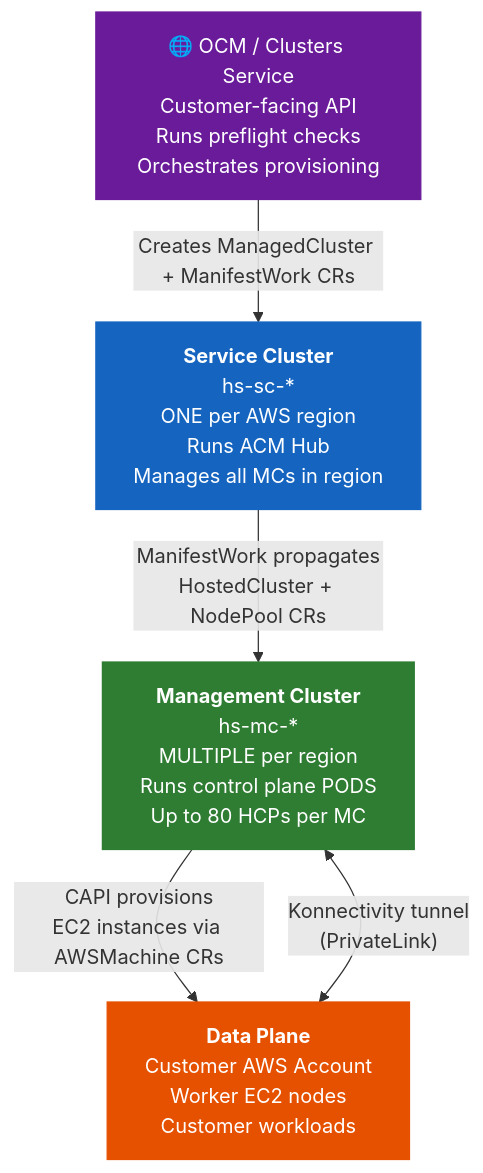
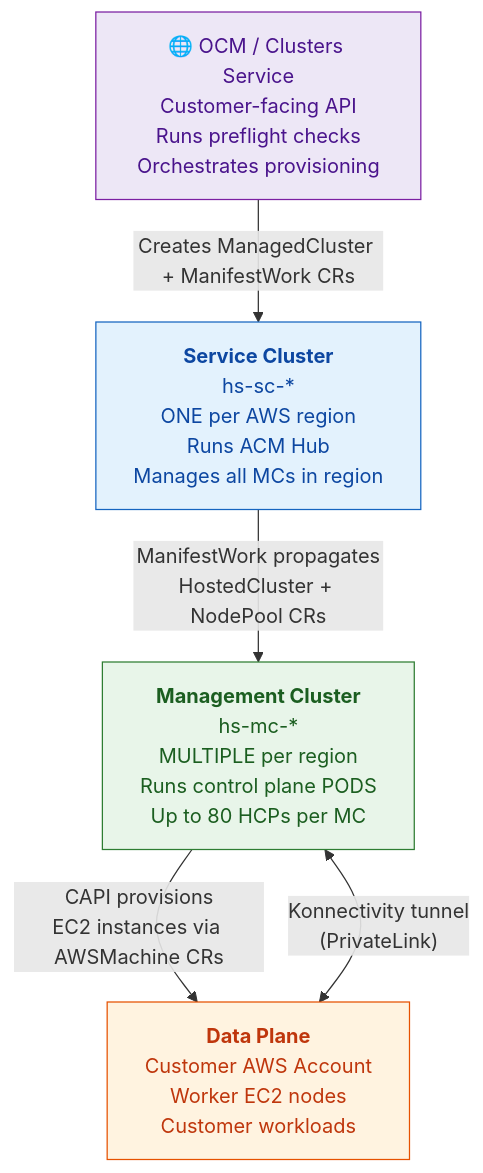
One commit to mcipamo/hcp-study-guide changed the first of 4 diagrams in docs/architecture.md. Above: the diagram before and after it, drawn with Mermaid. The commit also changed other lines of this file and 61 other files, not shown here.

Commit message:
Fix diagram readability: light backgrounds + dark text; fix logo

````diff
--- a/docs/architecture.md
+++ b/docs/architecture.md
@@ -9,20 +9,20 @@
 ```mermaid
 graph TD
     OCM["🌐 OCM / Clusters Service\nCustomer-facing API\nRuns preflight checks\nOrchestrates provisioning"]
 
     SC["<b>Service Cluster</b>\nhs-sc-*\nONE per AWS region\nRuns ACM Hub\nManages all MCs in region"]
 
     MC["<b>Management Cluster</b>\nhs-mc-*\nMULTIPLE per region\nRuns control plane PODS\nUp to 80 HCPs per MC"]
 
     DP["<b>Data Plane</b>\nCustomer AWS Account\nWorker EC2 nodes\nCustomer workloads"]
 
     OCM -->|"Creates ManagedCluster + ManifestWork CRs"| SC
     SC -->|"ManifestWork propagates\nHostedCluster + NodePool CRs"| MC
     MC -->|"CAPI provisions\nEC2 instances via AWSMachine CRs"| DP
     MC <-->|"Konnectivity tunnel\n(PrivateLink)"| DP
 
-    style OCM fill:#6a1b9a,color:#fff,stroke:#6a1b9a
-    style SC fill:#1565c0,color:#fff,stroke:#1565c0
-    style MC fill:#2e7d32,color:#fff,stroke:#2e7d32
-    style DP fill:#e65100,color:#fff,stroke:#e65100
+    style OCM fill:#ede7f6,color:#4a148c,stroke:#7b1fa2
+    style SC fill:#e3f2fd,color:#0d47a1,stroke:#1565c0
+    style MC fill:#e8f5e9,color:#1b5e20,stroke:#2e7d32
+    style DP fill:#fff3e0,color:#bf360c,stroke:#e65100
 ```
````
